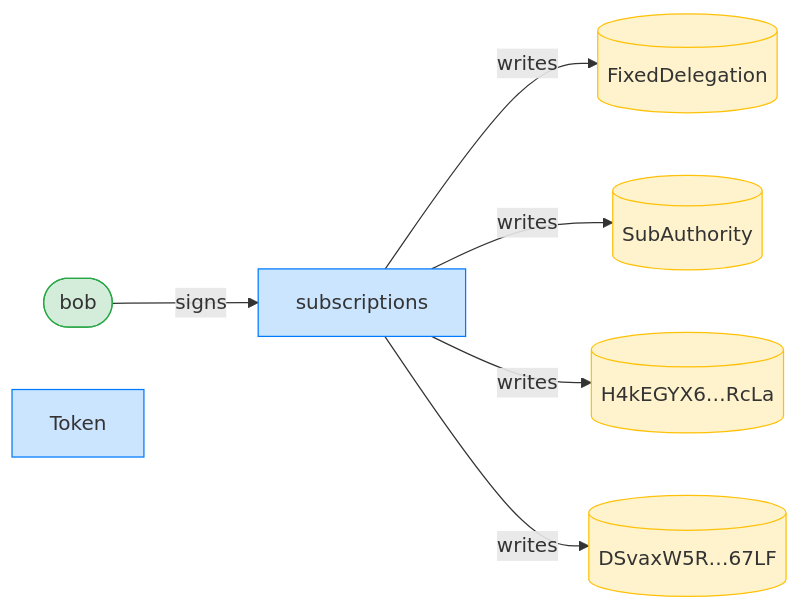
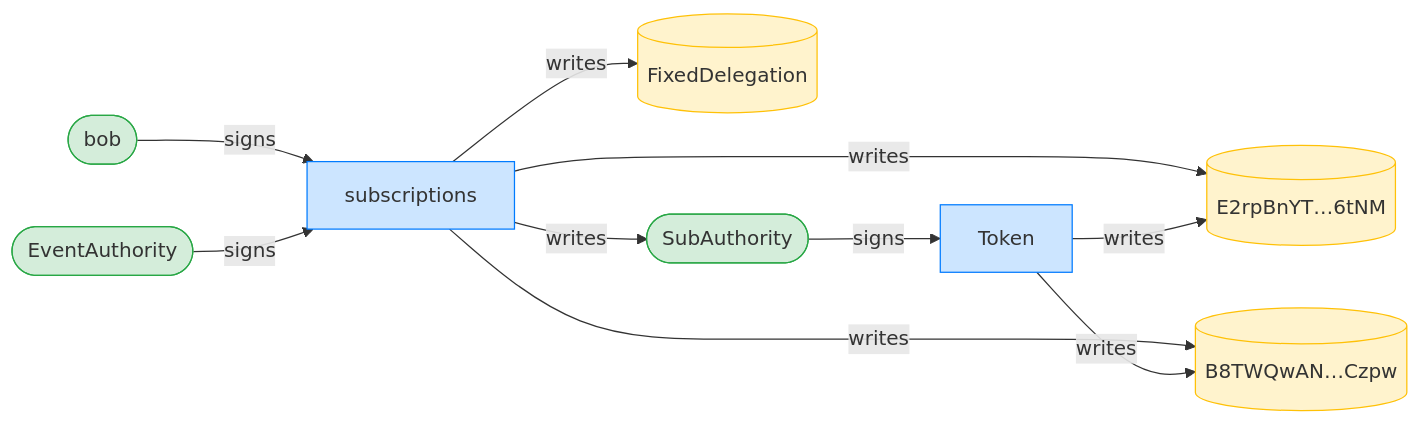
Before and after one commit to cds-rs/subscriptions: diagram 11 of 12 in dsl_tests/fixed-transfer-to-a-third-party.md, drawn with Mermaid. The commit also changed other lines of this file and 224 other files, not shown here.

````diff
--- a/dsl_tests/fixed-transfer-to-a-third-party.md
+++ b/dsl_tests/fixed-transfer-to-a-third-party.md
@@ -209,18 +218,23 @@
 ```mermaid
 flowchart LR
     classDef signer fill:#d4edda,stroke:#28a745;
     classDef program fill:#cce5ff,stroke:#007bff;
     classDef writable fill:#fff3cd,stroke:#ffc107;
     subscriptions[subscriptions]:::program
     FixedDelegation[(FixedDelegation)]:::writable
-    SubAuthority[(SubAuthority)]:::writable
-    H4kEGYX6_RcLa[("H4kEGYX6…RcLa")]:::writable
-    DSvaxW5R_67LF[("DSvaxW5R…67LF")]:::writable
+    SubAuthority([SubAuthority]):::signer
+    E2rpBnYT_6tNM[("E2rpBnYT…6tNM")]:::writable
+    B8TWQwAN_Czpw[("B8TWQwAN…Czpw")]:::writable
     bob([bob]):::signer
     Token[Token]:::program
+    EventAuthority([EventAuthority]):::signer
     bob -->|signs| subscriptions
+    SubAuthority -->|signs| Token
+    EventAuthority -->|signs| subscriptions
     subscriptions -->|writes| FixedDelegation
     subscriptions -->|writes| SubAuthority
-    subscriptions -->|writes| H4kEGYX6_RcLa
-    subscriptions -->|writes| DSvaxW5R_67LF
+    subscriptions -->|writes| E2rpBnYT_6tNM
+    subscriptions -->|writes| B8TWQwAN_Czpw
+    Token -->|writes| E2rpBnYT_6tNM
+    Token -->|writes| B8TWQwAN_Czpw
 ```
````
